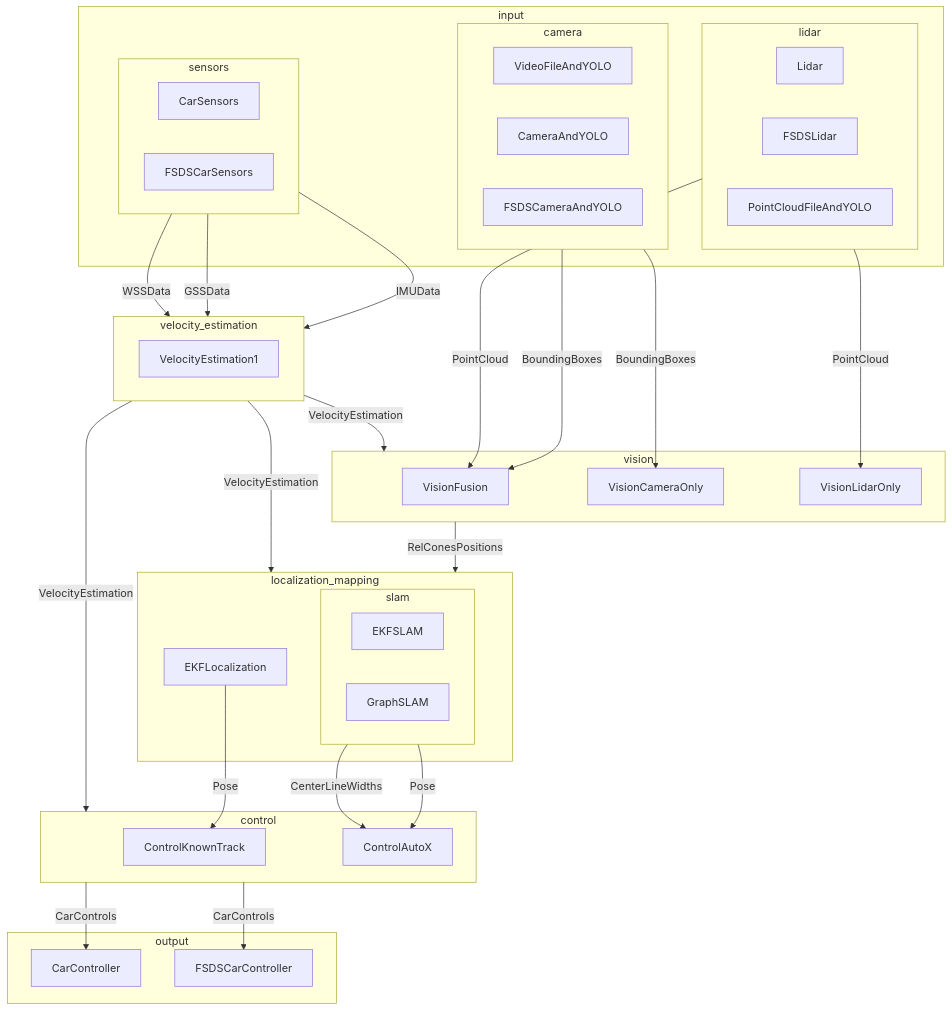
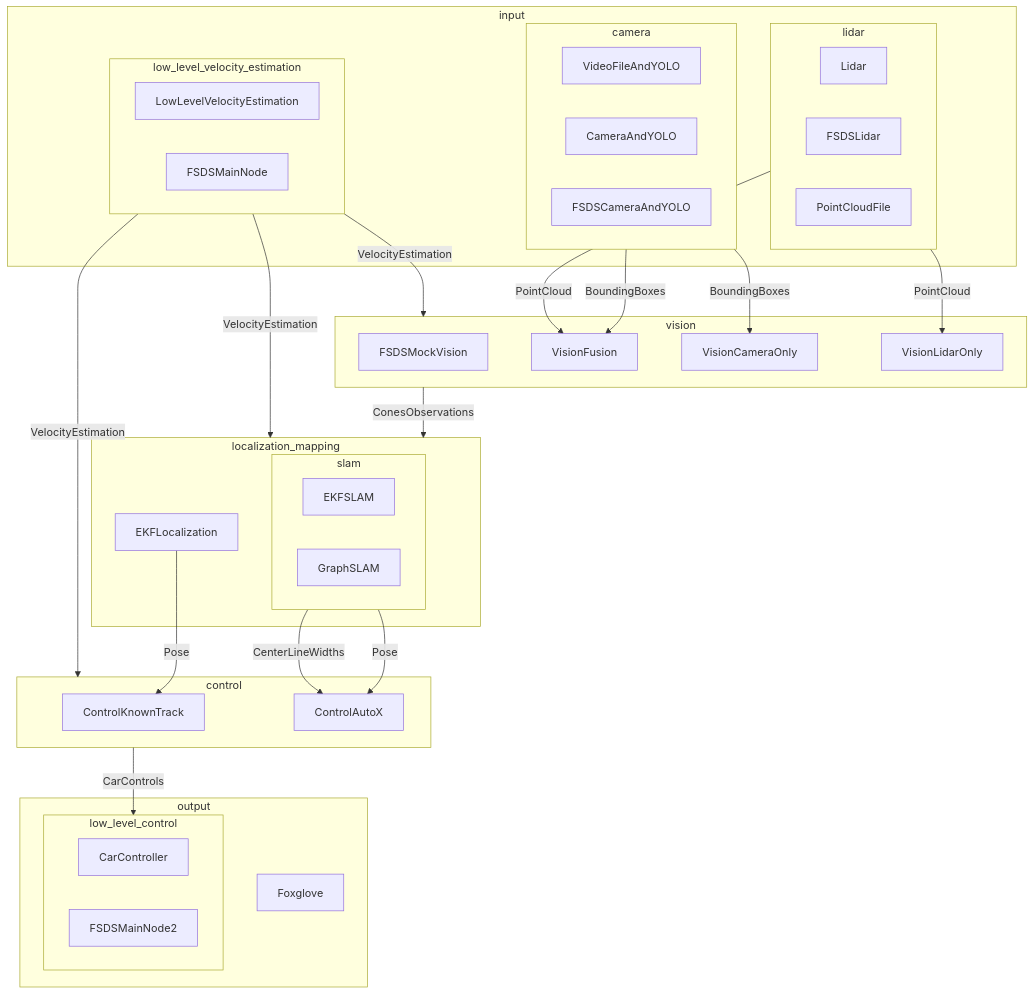
The diagram in nodes.md (EPFL-RT-Driverless/brains), drawn with Mermaid before and after one commit. The commit also changed other lines of this file and 18 other files, not shown here.

````diff
--- a/nodes.md
+++ b/nodes.md
@@ -1,60 +2,64 @@
 ```mermaid
 flowchart TB
     subgraph input
         subgraph camera
             VideoFileAndYOLO
             CameraAndYOLO
             FSDSCameraAndYOLO
         end
         subgraph lidar
             Lidar
             FSDSLidar
-            PointCloudFileAndYOLO
+            PointCloudFile
         end
-        subgraph sensors
-            CarSensors
-            FSDSCarSensors
+        subgraph low_level_velocity_estimation
+            LowLevelVelocityEstimation
+            FSDSMainNode
         end
     end
     subgraph output
-        CarController
-        FSDSCarController
+        subgraph low_level_control
+            CarController
+            FSDSMainNode2
+        end
+        Foxglove
     end
     subgraph vision
+        FSDSMockVision
         VisionFusion
         VisionCameraOnly
         VisionLidarOnly
-    end
-    subgraph velocity_estimation
-        VelocityEstimation1
     end
     subgraph localization_mapping
         EKFLocalization
         subgraph slam
             EKFSLAM
             GraphSLAM
         end
     end
     subgraph control
         ControlKnownTrack
         ControlAutoX
     end
+
     %% vision input
     camera -- BoundingBoxes --> VisionCameraOnly & VisionFusion
     lidar -- PointCloud --> VisionLidarOnly & VisionFusion
     %% vision output
-    vision -- RelConesPositions --> localization_mapping
+    vision -- ConesObservations --> localization_mapping
     %% sensors output
-    sensors -- IMUData --> velocity_estimation
-    sensors -- GSSData --> velocity_estimation
-    sensors -- WSSData --> velocity_estimation
+    %% sensors -- IMUData --> velocity_estimation
+    %% sensors -- GSSData --> velocity_estimation
+    %% sensors -- WSSData --> velocity_estimation
     %% VE output
-    velocity_estimation -- VelocityEstimation --> vision & localization_mapping & control
+    low_level_velocity_estimation -- VelocityEstimation --> vision & localization_mapping & control
     %% localization_mapping output
     EKFLocalization -- Pose --> ControlKnownTrack
     slam -- Pose --> ControlAutoX
     slam -- CenterLineWidths --> ControlAutoX
     %% control output
-    control -- CarControls --> CarController & FSDSCarController
+    control -- CarControls --> low_level_control
+    %% extra
+    %% RES?
 
 ```
````
